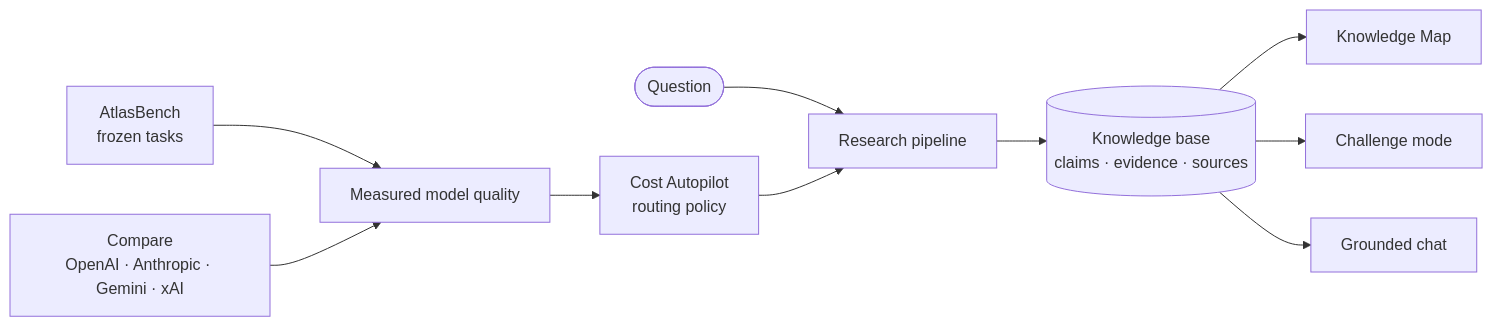
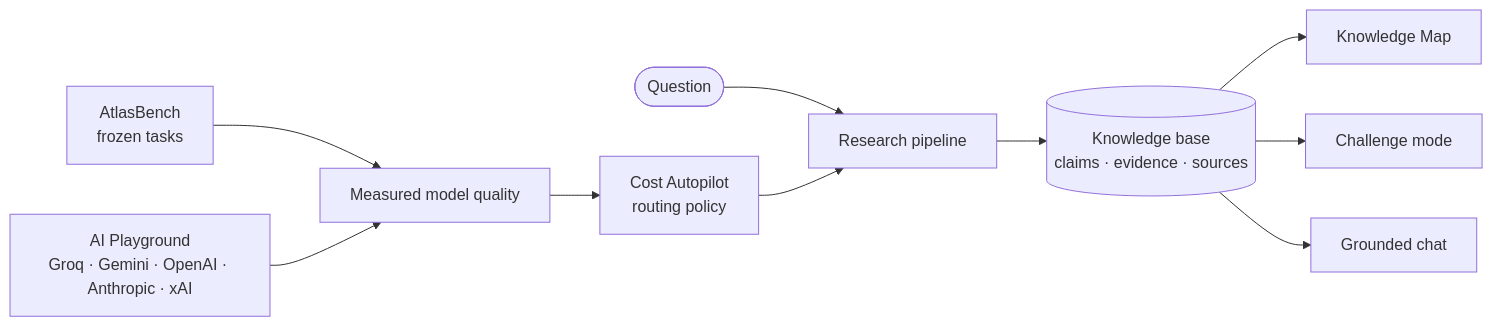
One commit to shreyajoshi144/atlas changed the diagram in docs/01-product-overview.md. Above: the diagram before and after it, drawn with Mermaid. The commit also changed other lines of this file and 43 other files, not shown here.

Commit message:
Merge Compare into AI Playground; add Groq and free Gemini models; clearer results; fix Ask Atlas and benchmark presets

````diff
--- a/docs/01-product-overview.md
+++ b/docs/01-product-overview.md
@@ -19,12 +19,12 @@
 ```mermaid
 flowchart LR
     Q([Question]) --> R[Research pipeline]
     R --> K[(Knowledge base<br/>claims · evidence · sources)]
     K --> M[Knowledge Map]
     K --> C[Challenge mode]
     K --> G[Grounded chat]
     B[AtlasBench<br/>frozen tasks] --> E[Measured model quality]
     E --> P[Cost Autopilot<br/>routing policy]
     P --> R
-    CMP[Compare<br/>OpenAI · Anthropic · Gemini · xAI] --> E
+    CMP[AI Playground<br/>Groq · Gemini · OpenAI · Anthropic · xAI] --> E
 ```
````
